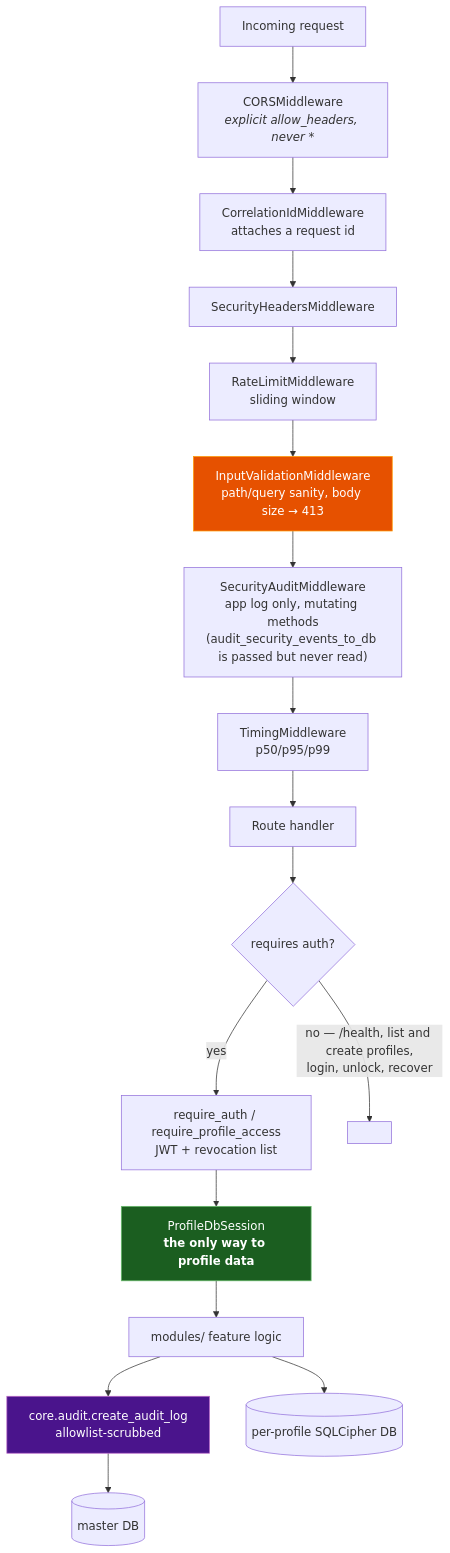
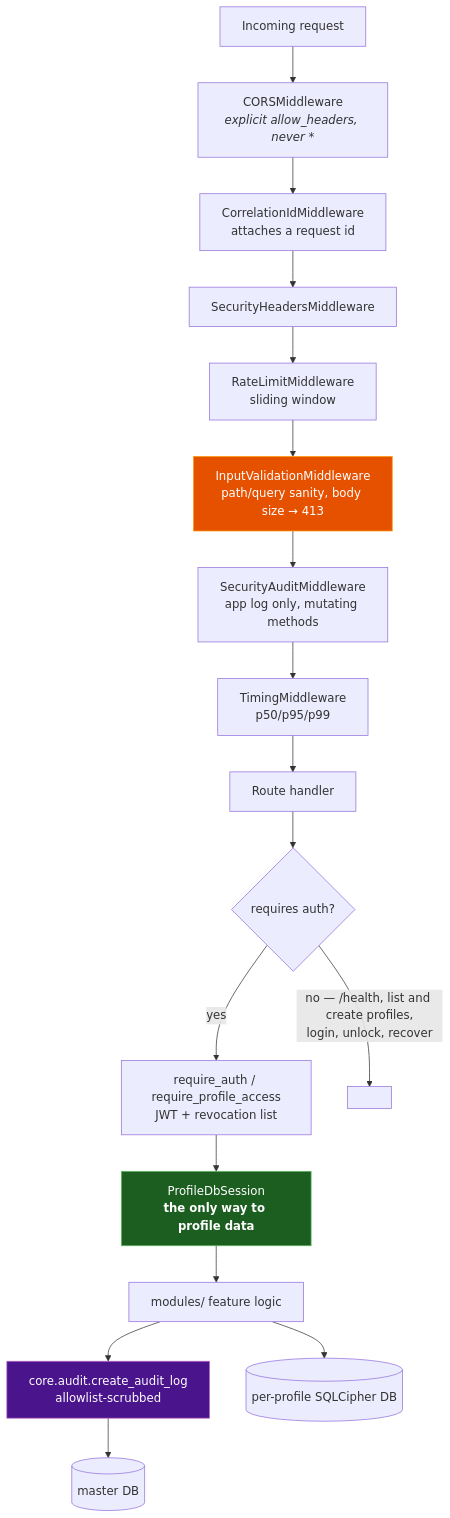
The first of 4 diagrams in docs/architecture/backend.md (BrooklynD23/HealthCentral), drawn with Mermaid before and after one commit. The commit also changed other lines of this file and 3 other files, not shown here.

Commit message:
fix(security): remove dead audit_security_events_to_db setting and log_to_db param (AUDIT-DB-SETTING-DEAD)

````diff
--- a/docs/architecture/backend.md
+++ b/docs/architecture/backend.md
@@ -21,25 +21,25 @@
 ```mermaid
 flowchart TD
     REQ["Incoming request"] --> CORS["CORSMiddleware<br/><i>explicit allow_headers, never *</i>"]
     CORS --> CID["CorrelationIdMiddleware<br/>attaches a request id"]
     CID --> SEC["SecurityHeadersMiddleware"]
     SEC --> RATE["RateLimitMiddleware<br/>sliding window"]
     RATE --> VAL["InputValidationMiddleware<br/>path/query sanity, body size → 413"]
-    VAL --> AUD["SecurityAuditMiddleware<br/>app log only, mutating methods<br/>(audit_security_events_to_db is passed but never read)"]
+    VAL --> AUD["SecurityAuditMiddleware<br/>app log only, mutating methods"]
     AUD --> TIME["TimingMiddleware<br/>p50/p95/p99"]
     TIME --> ROUTE["Route handler"]
 
     ROUTE --> AUTH{"requires auth?"}
     AUTH -->|yes| JWT["require_auth / require_profile_access<br/>JWT + revocation list"]
     AUTH -->|"no — /health, list and create profiles,<br/>login, unlock, recover"| SKIP[" "]
     JWT --> PDB["ProfileDbSession<br/><b>the only way to profile data</b>"]
 
     PDB --> WORK["modules/ feature logic"]
     WORK --> AUDROW["core.audit.create_audit_log<br/>allowlist-scrubbed"]
     AUDROW --> MASTER[("master DB")]
     WORK --> VAULTDB[("per-profile SQLCipher DB")]
 
     style VAL fill:#e65100,stroke:#ff9800,color:#fff
     style PDB fill:#1b5e20,stroke:#66bb6a,color:#fff
     style AUDROW fill:#4a148c,stroke:#ba68c8,color:#fff
 ```
````
